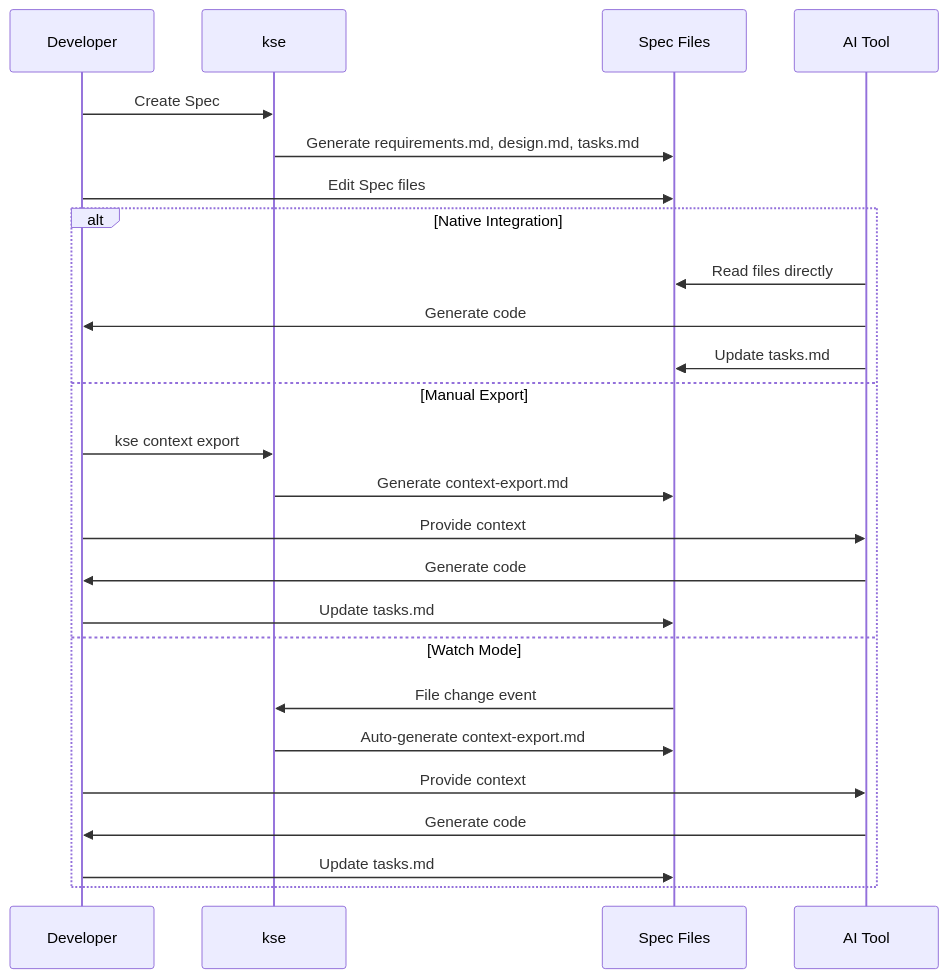
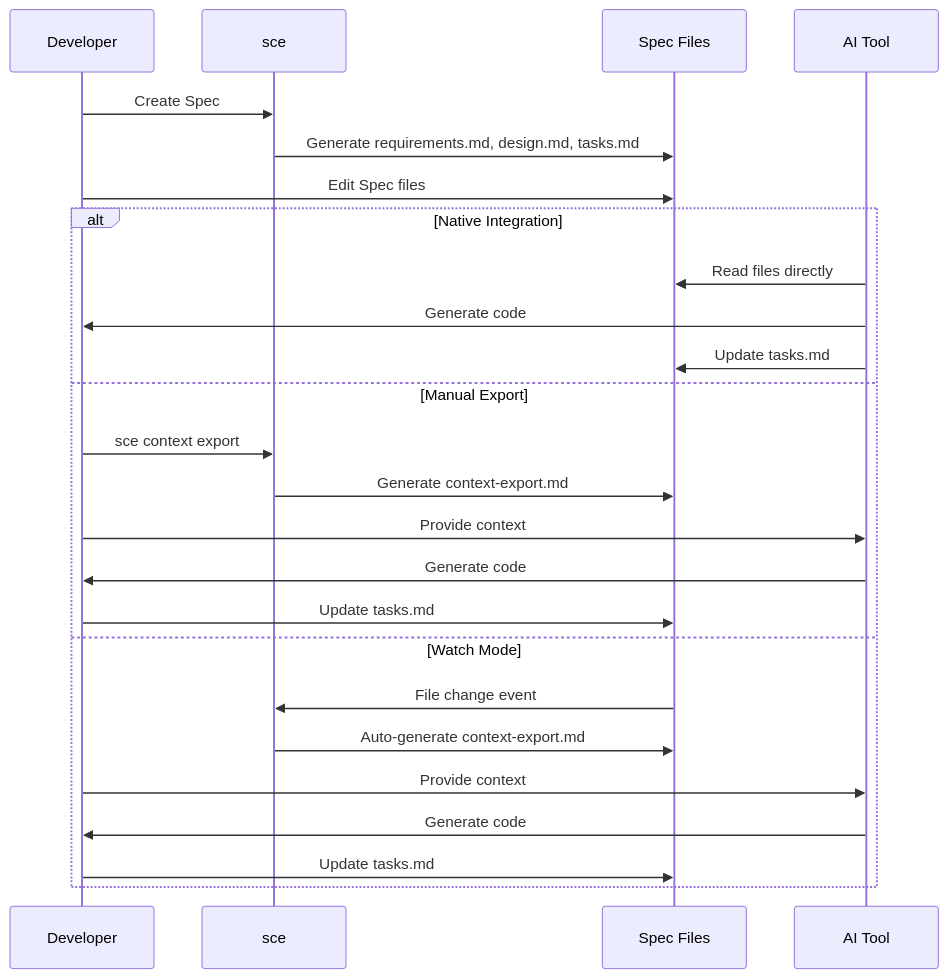
One commit to LuChangQiu/kiro-spec-engine changed the fifth of 5 diagrams in docs/integration-modes.md. Above: the diagram before and after it, drawn with Mermaid. The commit also changed other lines of this file and 237 other files, not shown here.

````diff
--- a/docs/integration-modes.md
+++ b/docs/integration-modes.md
@@ -407,29 +407,29 @@
 ```mermaid
 sequenceDiagram
     participant Dev as Developer
-    participant kse as kse
+    participant sce as sce
     participant Spec as Spec Files
     participant AI as AI Tool
     
-    Dev->>kse: Create Spec
-    kse->>Spec: Generate requirements.md, design.md, tasks.md
+    Dev->>sce: Create Spec
+    sce->>Spec: Generate requirements.md, design.md, tasks.md
     Dev->>Spec: Edit Spec files
     
     alt Native Integration
         AI->>Spec: Read files directly
         AI->>Dev: Generate code
         AI->>Spec: Update tasks.md
     else Manual Export
-        Dev->>kse: kse context export
-        kse->>Spec: Generate context-export.md
+        Dev->>sce: sce context export
+        sce->>Spec: Generate context-export.md
         Dev->>AI: Provide context
         AI->>Dev: Generate code
         Dev->>Spec: Update tasks.md
     else Watch Mode
-        Spec->>kse: File change event
-        kse->>Spec: Auto-generate context-export.md
+        Spec->>sce: File change event
+        sce->>Spec: Auto-generate context-export.md
         Dev->>AI: Provide context
         AI->>Dev: Generate code
         Dev->>Spec: Update tasks.md
     end
 ```
````
